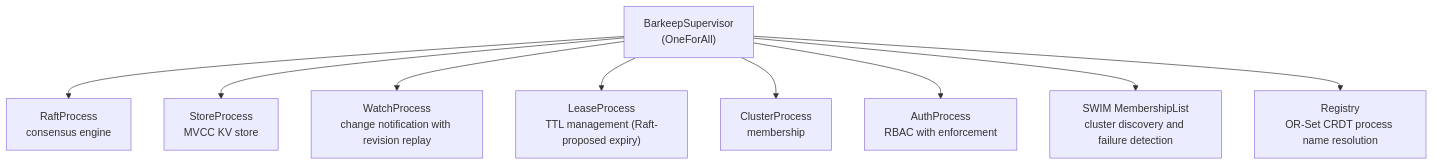
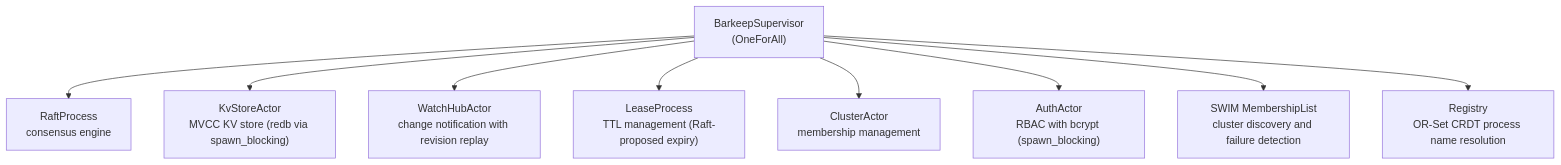
Before and after one commit to alexandernicholson/barkeeper: the first of 2 diagrams in README.md, drawn with Mermaid. The commit also changed other lines of this file and 3 other files, not shown here.

````diff
--- a/README.md
+++ b/README.md
@@ -106,12 +106,12 @@
 ```mermaid
 graph TD
     S["BarkeepSupervisor<br>(OneForAll)"]
     S --> R["RaftProcess<br>consensus engine"]
-    S --> St["StoreProcess<br>MVCC KV store"]
-    S --> W["WatchProcess<br>change notification with revision replay"]
+    S --> KSA["KvStoreActor<br>MVCC KV store (redb via spawn_blocking)"]
+    S --> WHA["WatchHubActor<br>change notification with revision replay"]
     S --> L["LeaseProcess<br>TTL management (Raft-proposed expiry)"]
-    S --> C["ClusterProcess<br>membership"]
-    S --> A["AuthProcess<br>RBAC with enforcement"]
+    S --> CA["ClusterActor<br>membership management"]
+    S --> AA["AuthActor<br>RBAC with bcrypt (spawn_blocking)"]
     S --> SWIM["SWIM MembershipList<br>cluster discovery and failure detection"]
     S --> Reg["Registry<br>OR-Set CRDT process name resolution"]
 ```
````
